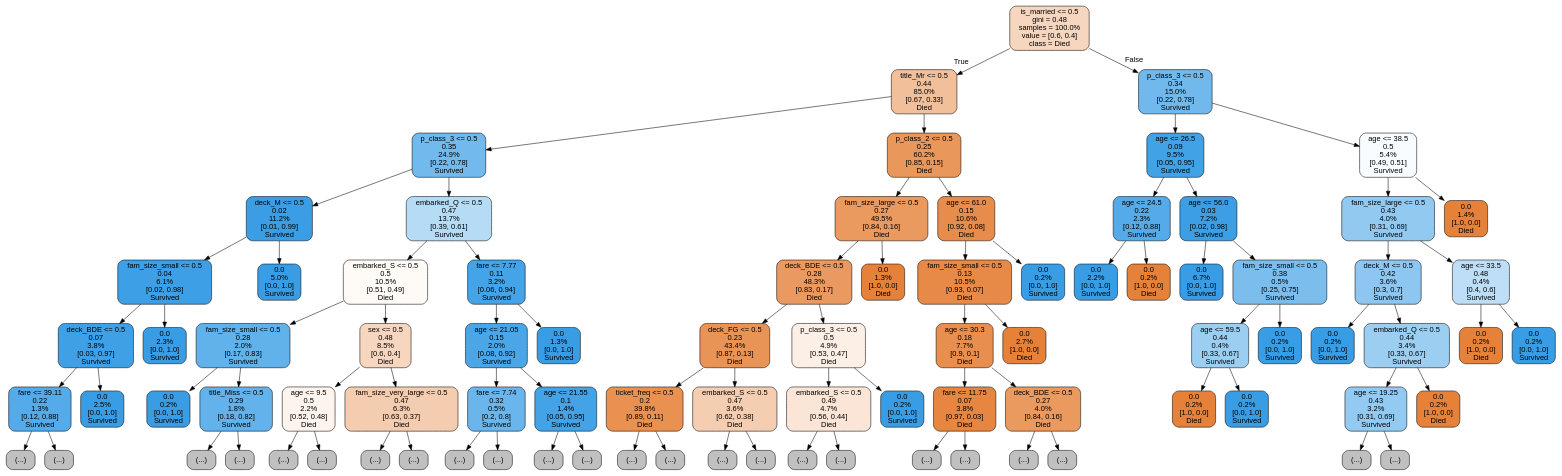
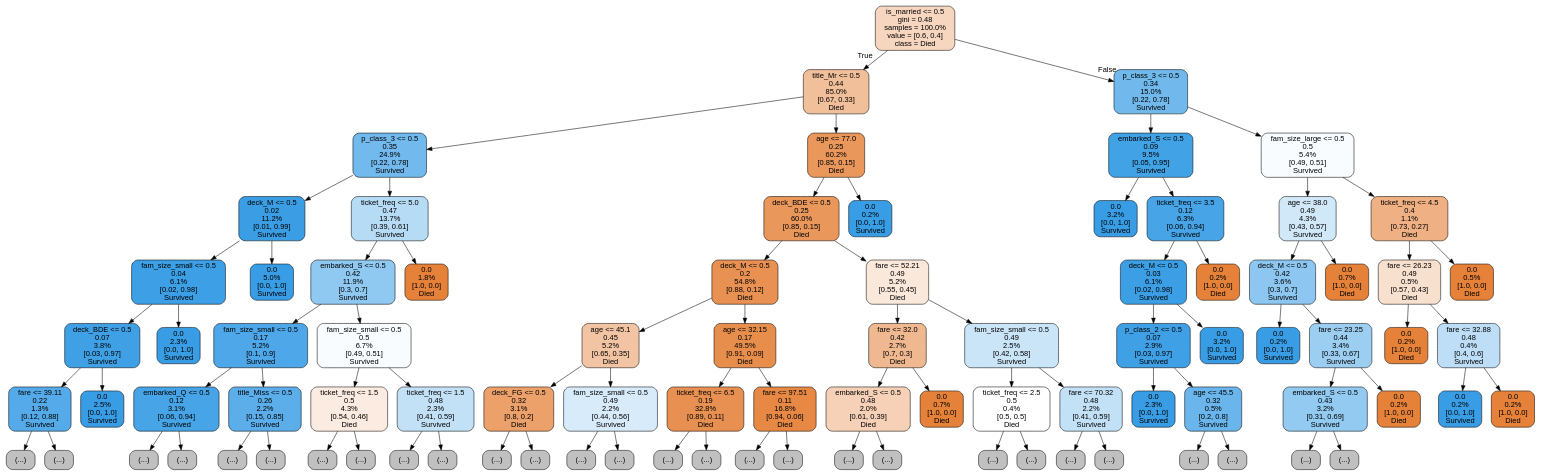
Before and after one commit to LourensWalters/Kaggle: the diagram in titanic/notebooks/tree.dot, drawn with Graphviz. The commit also changed 15 other files, not shown here.

```diff
--- a/titanic/notebooks/tree.dot
+++ b/titanic/notebooks/tree.dot
@@ -1,177 +1,181 @@
 digraph Tree {
 node [shape=box, style="filled, rounded", color="black", fontname=helvetica] ;
 edge [fontname=helvetica] ;
 0 [label="is_married <= 0.5\ngini = 0.48\nsamples = 100.0%\nvalue = [0.6, 0.4]\nclass = Died", fillcolor="#f7d6bf"] ;
 1 [label="title_Mr <= 0.5\n0.44\n85.0%\n[0.67, 0.33]\nDied", fillcolor="#f2bf9b"] ;
 0 -> 1 [labeldistance=2.5, labelangle=45, headlabel="True"] ;
 2 [label="p_class_3 <= 0.5\n0.35\n24.9%\n[0.22, 0.78]\nSurvived", fillcolor="#72b9ed"] ;
 1 -> 2 ;
 3 [label="deck_M <= 0.5\n0.02\n11.2%\n[0.01, 0.99]\nSurvived", fillcolor="#3b9ee5"] ;
 2 -> 3 ;
 4 [label="fam_size_small <= 0.5\n0.04\n6.1%\n[0.02, 0.98]\nSurvived", fillcolor="#3d9fe6"] ;
 3 -> 4 ;
 5 [label="deck_BDE <= 0.5\n0.07\n3.8%\n[0.03, 0.97]\nSurvived", fillcolor="#40a0e6"] ;
 4 -> 5 ;
 6 [label="fare <= 39.11\n0.22\n1.3%\n[0.12, 0.88]\nSurvived", fillcolor="#55abe9"] ;
 5 -> 6 ;
 7 [label="(...)", fillcolor="#C0C0C0"] ;
 6 -> 7 ;
 10 [label="(...)", fillcolor="#C0C0C0"] ;
 6 -> 10 ;
 11 [label="0.0\n2.5%\n[0.0, 1.0]\nSurvived", fillcolor="#399de5"] ;
 5 -> 11 ;
 12 [label="0.0\n2.3%\n[0.0, 1.0]\nSurvived", fillcolor="#399de5"] ;
 4 -> 12 ;
 13 [label="0.0\n5.0%\n[0.0, 1.0]\nSurvived", fillcolor="#399de5"] ;
 3 -> 13 ;
-14 [label="embarked_Q <= 0.5\n0.47\n13.7%\n[0.39, 0.61]\nSurvived", fillcolor="#b6dbf5"] ;
+14 [label="ticket_freq <= 5.0\n0.47\n13.7%\n[0.39, 0.61]\nSurvived", fillcolor="#b6dbf5"] ;
 2 -> 14 ;
-15 [label="embarked_S <= 0.5\n0.5\n10.5%\n[0.51, 0.49]\nDied", fillcolor="#fefaf6"] ;
+15 [label="embarked_S <= 0.5\n0.42\n11.9%\n[0.3, 0.7]\nSurvived", fillcolor="#8fc8f0"] ;
 14 -> 15 ;
-16 [label="fam_size_small <= 0.5\n0.28\n2.0%\n[0.17, 0.83]\nSurvived", fillcolor="#61b1ea"] ;
+16 [label="fam_size_small <= 0.5\n0.17\n5.2%\n[0.1, 0.9]\nSurvived", fillcolor="#4ea7e8"] ;
 15 -> 16 ;
-17 [label="0.0\n0.2%\n[0.0, 1.0]\nSurvived", fillcolor="#399de5"] ;
+17 [label="embarked_Q <= 0.5\n0.12\n3.1%\n[0.06, 0.94]\nSurvived", fillcolor="#46a4e7"] ;
 16 -> 17 ;
-18 [label="title_Miss <= 0.5\n0.29\n1.8%\n[0.18, 0.82]\nSurvived", fillcolor="#63b2eb"] ;
-16 -> 18 ;
+18 [label="(...)", fillcolor="#C0C0C0"] ;
+17 -> 18 ;
 19 [label="(...)", fillcolor="#C0C0C0"] ;
-18 -> 19 ;
-20 [label="(...)", fillcolor="#C0C0C0"] ;
-18 -> 20 ;
-27 [label="sex <= 0.5\n0.48\n8.5%\n[0.6, 0.4]\nDied", fillcolor="#f7d6bf"] ;
-15 -> 27 ;
-28 [label="age <= 9.5\n0.5\n2.2%\n[0.52, 0.48]\nDied", fillcolor="#fdf4ed"] ;
-27 -> 28 ;
-29 [label="(...)", fillcolor="#C0C0C0"] ;
-28 -> 29 ;
-38 [label="(...)", fillcolor="#C0C0C0"] ;
-28 -> 38 ;
-39 [label="fam_size_very_large <= 0.5\n0.47\n6.3%\n[0.63, 0.37]\nDied", fillcolor="#f4ccaf"] ;
-27 -> 39 ;
-40 [label="(...)", fillcolor="#C0C0C0"] ;
-39 -> 40 ;
-67 [label="(...)", fillcolor="#C0C0C0"] ;
-39 -> 67 ;
-68 [label="fare <= 7.77\n0.11\n3.2%\n[0.06, 0.94]\nSurvived", fillcolor="#45a3e7"] ;
-14 -> 68 ;
-69 [label="age <= 21.05\n0.15\n2.0%\n[0.08, 0.92]\nSurvived", fillcolor="#4ba6e7"] ;
-68 -> 69 ;
-70 [label="fare <= 7.74\n0.32\n0.5%\n[0.2, 0.8]\nSurvived", fillcolor="#6ab6ec"] ;
-69 -> 70 ;
-71 [label="(...)", fillcolor="#C0C0C0"] ;
-70 -> 71 ;
-72 [label="(...)", fillcolor="#C0C0C0"] ;
-70 -> 72 ;
-75 [label="age <= 21.55\n0.1\n1.4%\n[0.05, 0.95]\nSurvived", fillcolor="#44a2e6"] ;
-69 -> 75 ;
-76 [label="(...)", fillcolor="#C0C0C0"] ;
-75 -> 76 ;
-79 [label="(...)", fillcolor="#C0C0C0"] ;
-75 -> 79 ;
-80 [label="0.0\n1.3%\n[0.0, 1.0]\nSurvived", fillcolor="#399de5"] ;
-68 -> 80 ;
-81 [label="p_class_2 <= 0.5\n0.25\n60.2%\n[0.85, 0.15]\nDied", fillcolor="#ea975b"] ;
+17 -> 19 ;
+32 [label="title_Miss <= 0.5\n0.26\n2.2%\n[0.15, 0.85]\nSurvived", fillcolor="#5caeea"] ;
+16 -> 32 ;
+33 [label="(...)", fillcolor="#C0C0C0"] ;
+32 -> 33 ;
+34 [label="(...)", fillcolor="#C0C0C0"] ;
+32 -> 34 ;
+45 [label="fam_size_small <= 0.5\n0.5\n6.7%\n[0.49, 0.51]\nSurvived", fillcolor="#f8fcfe"] ;
+15 -> 45 ;
+46 [label="ticket_freq <= 1.5\n0.5\n4.3%\n[0.54, 0.46]\nDied", fillcolor="#fbebe0"] ;
+45 -> 46 ;
+47 [label="(...)", fillcolor="#C0C0C0"] ;
+46 -> 47 ;
+60 [label="(...)", fillcolor="#C0C0C0"] ;
+46 -> 60 ;
+73 [label="ticket_freq <= 1.5\n0.48\n2.3%\n[0.41, 0.59]\nSurvived", fillcolor="#c2e1f7"] ;
+45 -> 73 ;
+74 [label="(...)", fillcolor="#C0C0C0"] ;
+73 -> 74 ;
+77 [label="(...)", fillcolor="#C0C0C0"] ;
+73 -> 77 ;
+80 [label="0.0\n1.8%\n[1.0, 0.0]\nDied", fillcolor="#e58139"] ;
+14 -> 80 ;
+81 [label="age <= 77.0\n0.25\n60.2%\n[0.85, 0.15]\nDied", fillcolor="#ea975b"] ;
 1 -> 81 ;
-82 [label="fam_size_large <= 0.5\n0.27\n49.5%\n[0.84, 0.16]\nDied", fillcolor="#ea995f"] ;
+82 [label="deck_BDE <= 0.5\n0.25\n60.0%\n[0.85, 0.15]\nDied", fillcolor="#e9975b"] ;
 81 -> 82 ;
-83 [label="deck_BDE <= 0.5\n0.28\n48.3%\n[0.83, 0.17]\nDied", fillcolor="#ea9a60"] ;
+83 [label="deck_M <= 0.5\n0.2\n54.8%\n[0.88, 0.12]\nDied", fillcolor="#e89153"] ;
 82 -> 83 ;
-84 [label="deck_FG <= 0.5\n0.23\n43.4%\n[0.87, 0.13]\nDied", fillcolor="#e99457"] ;
+84 [label="age <= 45.1\n0.45\n5.2%\n[0.65, 0.35]\nDied", fillcolor="#f3c4a3"] ;
 83 -> 84 ;
-85 [label="ticket_freq <= 0.5\n0.2\n39.8%\n[0.89, 0.11]\nDied", fillcolor="#e89151"] ;
+85 [label="deck_FG <= 0.5\n0.32\n3.1%\n[0.8, 0.2]\nDied", fillcolor="#eca06a"] ;
 84 -> 85 ;
 86 [label="(...)", fillcolor="#C0C0C0"] ;
 85 -> 86 ;
-103 [label="(...)", fillcolor="#C0C0C0"] ;
-85 -> 103 ;
-208 [label="embarked_S <= 0.5\n0.47\n3.6%\n[0.62, 0.38]\nDied", fillcolor="#f5ceb2"] ;
-84 -> 208 ;
-209 [label="(...)", fillcolor="#C0C0C0"] ;
-208 -> 209 ;
-222 [label="(...)", fillcolor="#C0C0C0"] ;
-208 -> 222 ;
-237 [label="p_class_3 <= 0.5\n0.5\n4.9%\n[0.53, 0.47]\nDied", fillcolor="#fcefe6"] ;
-83 -> 237 ;
-238 [label="embarked_S <= 0.5\n0.49\n4.7%\n[0.56, 0.44]\nDied", fillcolor="#fae5d6"] ;
-237 -> 238 ;
-239 [label="(...)", fillcolor="#C0C0C0"] ;
-238 -> 239 ;
-248 [label="(...)", fillcolor="#C0C0C0"] ;
-238 -> 248 ;
-265 [label="0.0\n0.2%\n[0.0, 1.0]\nSurvived", fillcolor="#399de5"] ;
-237 -> 265 ;
-266 [label="0.0\n1.3%\n[1.0, 0.0]\nDied", fillcolor="#e58139"] ;
-82 -> 266 ;
-267 [label="age <= 61.0\n0.15\n10.6%\n[0.92, 0.08]\nDied", fillcolor="#e78c4a"] ;
-81 -> 267 ;
-268 [label="fam_size_small <= 0.5\n0.13\n10.5%\n[0.93, 0.07]\nDied", fillcolor="#e78a48"] ;
-267 -> 268 ;
-269 [label="age <= 30.3\n0.18\n7.7%\n[0.9, 0.1]\nDied", fillcolor="#e88f4f"] ;
-268 -> 269 ;
-270 [label="fare <= 11.75\n0.07\n3.8%\n[0.97, 0.03]\nDied", fillcolor="#e68640"] ;
-269 -> 270 ;
-271 [label="(...)", fillcolor="#C0C0C0"] ;
-270 -> 271 ;
-274 [label="(...)", fillcolor="#C0C0C0"] ;
-270 -> 274 ;
-275 [label="deck_BDE <= 0.5\n0.27\n4.0%\n[0.84, 0.16]\nDied", fillcolor="#ea995f"] ;
-269 -> 275 ;
-276 [label="(...)", fillcolor="#C0C0C0"] ;
-275 -> 276 ;
-287 [label="(...)", fillcolor="#C0C0C0"] ;
-275 -> 287 ;
-290 [label="0.0\n2.7%\n[1.0, 0.0]\nDied", fillcolor="#e58139"] ;
-268 -> 290 ;
-291 [label="0.0\n0.2%\n[0.0, 1.0]\nSurvived", fillcolor="#399de5"] ;
-267 -> 291 ;
-292 [label="p_class_3 <= 0.5\n0.34\n15.0%\n[0.22, 0.78]\nSurvived", fillcolor="#71b9ec"] ;
-0 -> 292 [labeldistance=2.5, labelangle=-45, headlabel="False"] ;
-293 [label="age <= 26.5\n0.09\n9.5%\n[0.05, 0.95]\nSurvived", fillcolor="#42a2e6"] ;
+95 [label="(...)", fillcolor="#C0C0C0"] ;
+85 -> 95 ;
+106 [label="fam_size_small <= 0.5\n0.49\n2.2%\n[0.44, 0.56]\nSurvived", fillcolor="#d7ebfa"] ;
+84 -> 106 ;
+107 [label="(...)", fillcolor="#C0C0C0"] ;
+106 -> 107 ;
+122 [label="(...)", fillcolor="#C0C0C0"] ;
+106 -> 122 ;
+125 [label="age <= 32.15\n0.17\n49.5%\n[0.91, 0.09]\nDied", fillcolor="#e88e4d"] ;
+83 -> 125 ;
+126 [label="ticket_freq <= 6.5\n0.19\n32.8%\n[0.89, 0.11]\nDied", fillcolor="#e89051"] ;
+125 -> 126 ;
+127 [label="(...)", fillcolor="#C0C0C0"] ;
+126 -> 127 ;
+238 [label="(...)", fillcolor="#C0C0C0"] ;
+126 -> 238 ;
+239 [label="fare <= 97.51\n0.11\n16.8%\n[0.94, 0.06]\nDied", fillcolor="#e78945"] ;
+125 -> 239 ;
+240 [label="(...)", fillcolor="#C0C0C0"] ;
+239 -> 240 ;
+277 [label="(...)", fillcolor="#C0C0C0"] ;
+239 -> 277 ;
+278 [label="fare <= 52.21\n0.49\n5.2%\n[0.55, 0.45]\nDied", fillcolor="#fae8da"] ;
+82 -> 278 ;
+279 [label="fare <= 32.0\n0.42\n2.7%\n[0.7, 0.3]\nDied", fillcolor="#f0b890"] ;
+278 -> 279 ;
+280 [label="embarked_S <= 0.5\n0.48\n2.0%\n[0.61, 0.39]\nDied", fillcolor="#f6d1b7"] ;
+279 -> 280 ;
+281 [label="(...)", fillcolor="#C0C0C0"] ;
+280 -> 281 ;
+284 [label="(...)", fillcolor="#C0C0C0"] ;
+280 -> 284 ;
+291 [label="0.0\n0.7%\n[1.0, 0.0]\nDied", fillcolor="#e58139"] ;
+279 -> 291 ;
+292 [label="fam_size_small <= 0.5\n0.49\n2.5%\n[0.42, 0.58]\nSurvived", fillcolor="#cae5f8"] ;
+278 -> 292 ;
+293 [label="ticket_freq <= 2.5\n0.5\n0.4%\n[0.5, 0.5]\nDied", fillcolor="#ffffff"] ;
 292 -> 293 ;
-294 [label="age <= 24.5\n0.22\n2.3%\n[0.12, 0.88]\nSurvived", fillcolor="#55abe9"] ;
+294 [label="(...)", fillcolor="#C0C0C0"] ;
 293 -> 294 ;
-295 [label="0.0\n2.2%\n[0.0, 1.0]\nSurvived", fillcolor="#399de5"] ;
-294 -> 295 ;
-296 [label="0.0\n0.2%\n[1.0, 0.0]\nDied", fillcolor="#e58139"] ;
-294 -> 296 ;
-297 [label="age <= 56.0\n0.03\n7.2%\n[0.02, 0.98]\nSurvived", fillcolor="#3c9fe5"] ;
-293 -> 297 ;
-298 [label="0.0\n6.7%\n[0.0, 1.0]\nSurvived", fillcolor="#399de5"] ;
-297 -> 298 ;
-299 [label="fam_size_small <= 0.5\n0.38\n0.5%\n[0.25, 0.75]\nSurvived", fillcolor="#7bbeee"] ;
-297 -> 299 ;
-300 [label="age <= 59.5\n0.44\n0.4%\n[0.33, 0.67]\nSurvived", fillcolor="#9ccef2"] ;
-299 -> 300 ;
-301 [label="0.0\n0.2%\n[1.0, 0.0]\nDied", fillcolor="#e58139"] ;
-300 -> 301 ;
-302 [label="0.0\n0.2%\n[0.0, 1.0]\nSurvived", fillcolor="#399de5"] ;
-300 -> 302 ;
-303 [label="0.0\n0.2%\n[0.0, 1.0]\nSurvived", fillcolor="#399de5"] ;
-299 -> 303 ;
-304 [label="age <= 38.5\n0.5\n5.4%\n[0.49, 0.51]\nSurvived", fillcolor="#f8fcfe"] ;
-292 -> 304 ;
-305 [label="fam_size_large <= 0.5\n0.43\n4.0%\n[0.31, 0.69]\nSurvived", fillcolor="#92c9f1"] ;
-304 -> 305 ;
-306 [label="deck_M <= 0.5\n0.42\n3.6%\n[0.3, 0.7]\nSurvived", fillcolor="#8dc6f0"] ;
-305 -> 306 ;
-307 [label="0.0\n0.2%\n[0.0, 1.0]\nSurvived", fillcolor="#399de5"] ;
-306 -> 307 ;
-308 [label="embarked_Q <= 0.5\n0.44\n3.4%\n[0.33, 0.67]\nSurvived", fillcolor="#9ccef2"] ;
-306 -> 308 ;
-309 [label="age <= 19.25\n0.43\n3.2%\n[0.31, 0.69]\nSurvived", fillcolor="#93caf1"] ;
-308 -> 309 ;
-310 [label="(...)", fillcolor="#C0C0C0"] ;
-309 -> 310 ;
-311 [label="(...)", fillcolor="#C0C0C0"] ;
-309 -> 311 ;
-332 [label="0.0\n0.2%\n[1.0, 0.0]\nDied", fillcolor="#e58139"] ;
-308 -> 332 ;
-333 [label="age <= 33.5\n0.48\n0.4%\n[0.4, 0.6]\nSurvived", fillcolor="#bddef6"] ;
-305 -> 333 ;
-334 [label="0.0\n0.2%\n[1.0, 0.0]\nDied", fillcolor="#e58139"] ;
-333 -> 334 ;
-335 [label="0.0\n0.2%\n[0.0, 1.0]\nSurvived", fillcolor="#399de5"] ;
-333 -> 335 ;
-336 [label="0.0\n1.4%\n[1.0, 0.0]\nDied", fillcolor="#e58139"] ;
-304 -> 336 ;
+295 [label="(...)", fillcolor="#C0C0C0"] ;
+293 -> 295 ;
+296 [label="fare <= 70.32\n0.48\n2.2%\n[0.41, 0.59]\nSurvived", fillcolor="#c2e1f7"] ;
+292 -> 296 ;
+297 [label="(...)", fillcolor="#C0C0C0"] ;
+296 -> 297 ;
+304 [label="(...)", fillcolor="#C0C0C0"] ;
+296 -> 304 ;
+309 [label="0.0\n0.2%\n[0.0, 1.0]\nSurvived", fillcolor="#399de5"] ;
+81 -> 309 ;
+310 [label="p_class_3 <= 0.5\n0.34\n15.0%\n[0.22, 0.78]\nSurvived", fillcolor="#71b9ec"] ;
+0 -> 310 [labeldistance=2.5, labelangle=-45, headlabel="False"] ;
+311 [label="embarked_S <= 0.5\n0.09\n9.5%\n[0.05, 0.95]\nSurvived", fillcolor="#42a2e6"] ;
+310 -> 311 ;
+312 [label="0.0\n3.2%\n[0.0, 1.0]\nSurvived", fillcolor="#399de5"] ;
+311 -> 312 ;
+313 [label="ticket_freq <= 3.5\n0.12\n6.3%\n[0.06, 0.94]\nSurvived", fillcolor="#46a4e7"] ;
+311 -> 313 ;
+314 [label="deck_M <= 0.5\n0.03\n6.1%\n[0.02, 0.98]\nSurvived", fillcolor="#3c9fe5"] ;
+313 -> 314 ;
+315 [label="p_class_2 <= 0.5\n0.07\n2.9%\n[0.03, 0.97]\nSurvived", fillcolor="#40a0e6"] ;
+314 -> 315 ;
+316 [label="0.0\n2.3%\n[0.0, 1.0]\nSurvived", fillcolor="#399de5"] ;
+315 -> 316 ;
+317 [label="age <= 45.5\n0.32\n0.5%\n[0.2, 0.8]\nSurvived", fillcolor="#6ab6ec"] ;
+315 -> 317 ;
+318 [label="(...)", fillcolor="#C0C0C0"] ;
+317 -> 318 ;
+319 [label="(...)", fillcolor="#C0C0C0"] ;
+317 -> 319 ;
+320 [label="0.0\n3.2%\n[0.0, 1.0]\nSurvived", fillcolor="#399de5"] ;
+314 -> 320 ;
+321 [label="0.0\n0.2%\n[1.0, 0.0]\nDied", fillcolor="#e58139"] ;
+313 -> 321 ;
+322 [label="fam_size_large <= 0.5\n0.5\n5.4%\n[0.49, 0.51]\nSurvived", fillcolor="#f8fcfe"] ;
+310 -> 322 ;
+323 [label="age <= 38.0\n0.49\n4.3%\n[0.43, 0.57]\nSurvived", fillcolor="#d1e8f9"] ;
+322 -> 323 ;
+324 [label="deck_M <= 0.5\n0.42\n3.6%\n[0.3, 0.7]\nSurvived", fillcolor="#8dc6f0"] ;
+323 -> 324 ;
+325 [label="0.0\n0.2%\n[0.0, 1.0]\nSurvived", fillcolor="#399de5"] ;
+324 -> 325 ;
+326 [label="fare <= 23.25\n0.44\n3.4%\n[0.33, 0.67]\nSurvived", fillcolor="#9ccef2"] ;
+324 -> 326 ;
+327 [label="embarked_S <= 0.5\n0.43\n3.2%\n[0.31, 0.69]\nSurvived", fillcolor="#93caf1"] ;
+326 -> 327 ;
+328 [label="(...)", fillcolor="#C0C0C0"] ;
+327 -> 328 ;
+335 [label="(...)", fillcolor="#C0C0C0"] ;
+327 -> 335 ;
+352 [label="0.0\n0.2%\n[1.0, 0.0]\nDied", fillcolor="#e58139"] ;
+326 -> 352 ;
+353 [label="0.0\n0.7%\n[1.0, 0.0]\nDied", fillcolor="#e58139"] ;
+323 -> 353 ;
+354 [label="ticket_freq <= 4.5\n0.4\n1.1%\n[0.73, 0.27]\nDied", fillcolor="#efb083"] ;
+322 -> 354 ;
+355 [label="fare <= 26.23\n0.49\n0.5%\n[0.57, 0.43]\nDied", fillcolor="#f8e0ce"] ;
+354 -> 355 ;
+356 [label="0.0\n0.2%\n[1.0, 0.0]\nDied", fillcolor="#e58139"] ;
+355 -> 356 ;
+357 [label="fare <= 32.88\n0.48\n0.4%\n[0.4, 0.6]\nSurvived", fillcolor="#bddef6"] ;
+355 -> 357 ;
+358 [label="0.0\n0.2%\n[0.0, 1.0]\nSurvived", fillcolor="#399de5"] ;
+357 -> 358 ;
+359 [label="0.0\n0.2%\n[1.0, 0.0]\nDied", fillcolor="#e58139"] ;
+357 -> 359 ;
+360 [label="0.0\n0.5%\n[1.0, 0.0]\nDied", fillcolor="#e58139"] ;
+354 -> 360 ;
 }
```
